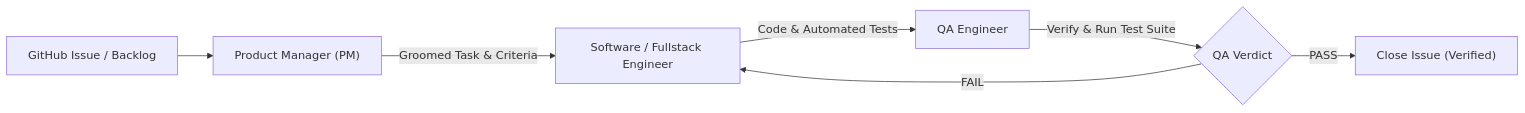
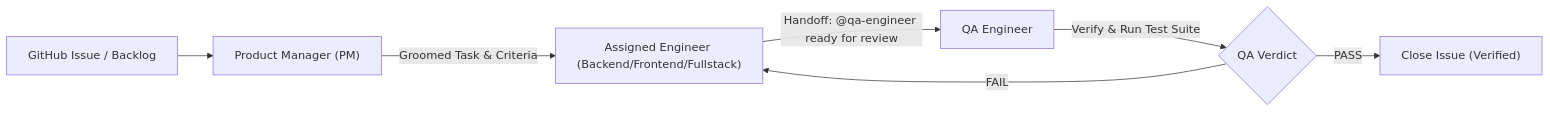
The diagram in AGENTS.md (rfhfmnn/economic-dashboard), drawn with Mermaid before and after one commit. The commit also changed other lines of this file and 4 other files, not shown here.

````diff
--- a/AGENTS.md
+++ b/AGENTS.md
@@ -76,9 +78,9 @@
 ```mermaid
 flowchart LR
     Issue["GitHub Issue / Backlog"] --> PM["Product Manager (PM)"]
-    PM -->|Groomed Task & Criteria| Eng["Software / Fullstack Engineer"]
-    Eng -->|Code & Automated Tests| QA["QA Engineer"]
+    PM -->|Groomed Task & Criteria| Eng["Assigned Engineer (Backend/Frontend/Fullstack)"]
+    Eng -->|Handoff: @qa-engineer ready for review| QA["QA Engineer"]
     QA -->|Verify & Run Test Suite| Decision{"QA Verdict"}
     Decision -->|PASS| Close["Close Issue (Verified)"]
     Decision -->|FAIL| Eng
 ```
````
